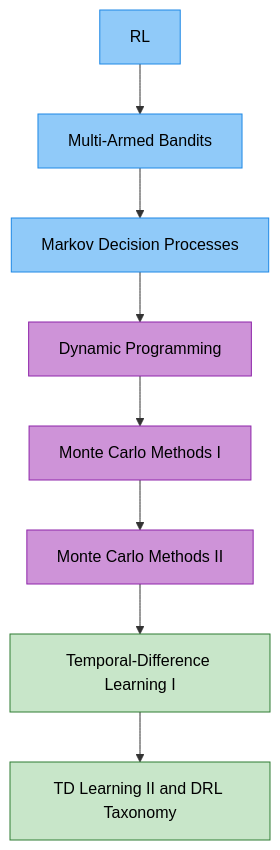
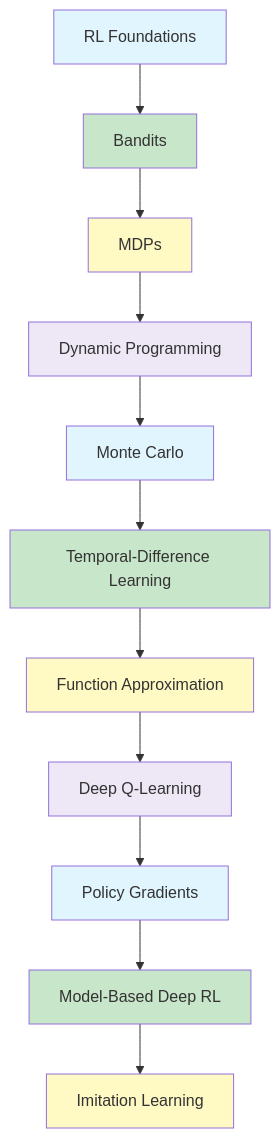
The diagram in content/docs/ai/045-deep-reinforcement-learning/_index.md (arshadhs/arshadhs.github.io), drawn with Mermaid before and after one commit. The commit also changed other lines of this file and 3 other files, not shown here.

```diff
--- a/content/docs/ai/045-deep-reinforcement-learning/_index.md
+++ b/content/docs/ai/045-deep-reinforcement-learning/_index.md
@@ -25,21 +27,25 @@
 {{< mermaid >}}
 flowchart TD
-A["RL"] --> B["Multi-Armed Bandits"]
-B --> C["Markov Decision Processes"]
-C --> D["Dynamic Programming"]
-D --> E["Monte Carlo Methods I"]
-E --> F["Monte Carlo Methods II"]
-F --> G["Temporal-Difference Learning I"]
-G --> H["TD Learning II and DRL Taxonomy"]
+    A["RL Foundations"] --> B["Bandits"]
+    B --> C["MDPs"]
+    C --> D["Dynamic Programming"]
+    D --> E["Monte Carlo"]
+    E --> F["Temporal-Difference Learning"]
+    F --> G["Function Approximation"]
+    G --> H["Deep Q-Learning"]
+    H --> I["Policy Gradients"]
+    I --> J["Model-Based Deep RL"]
+    J --> K["Imitation Learning"]
 
-style A fill:#90CAF9,stroke:#1E88E5,color:#000
-style B fill:#90CAF9,stroke:#1E88E5,color:#000
-style C fill:#90CAF9,stroke:#1E88E5,color:#000
-
-style D fill:#CE93D8,stroke:#8E24AA,color:#000
-style E fill:#CE93D8,stroke:#8E24AA,color:#000
-style F fill:#CE93D8,stroke:#8E24AA,color:#000
-
-style G fill:#C8E6C9,stroke:#2E7D32,color:#000
-style H fill:#C8E6C9,stroke:#2E7D32,color:#000
+    style A fill:#E1F5FE
+    style B fill:#C8E6C9
+    style C fill:#FFF9C4
+    style D fill:#EDE7F6
+    style E fill:#E1F5FE
+    style F fill:#C8E6C9
+    style G fill:#FFF9C4
+    style H fill:#EDE7F6
+    style I fill:#E1F5FE
+    style J fill:#C8E6C9
+    style K fill:#FFF9C4
 {{< /mermaid >}}
```
